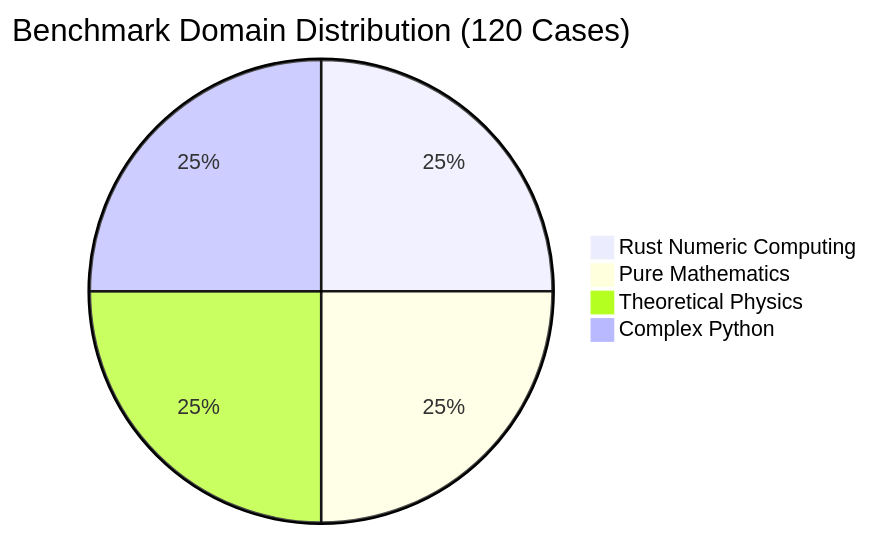
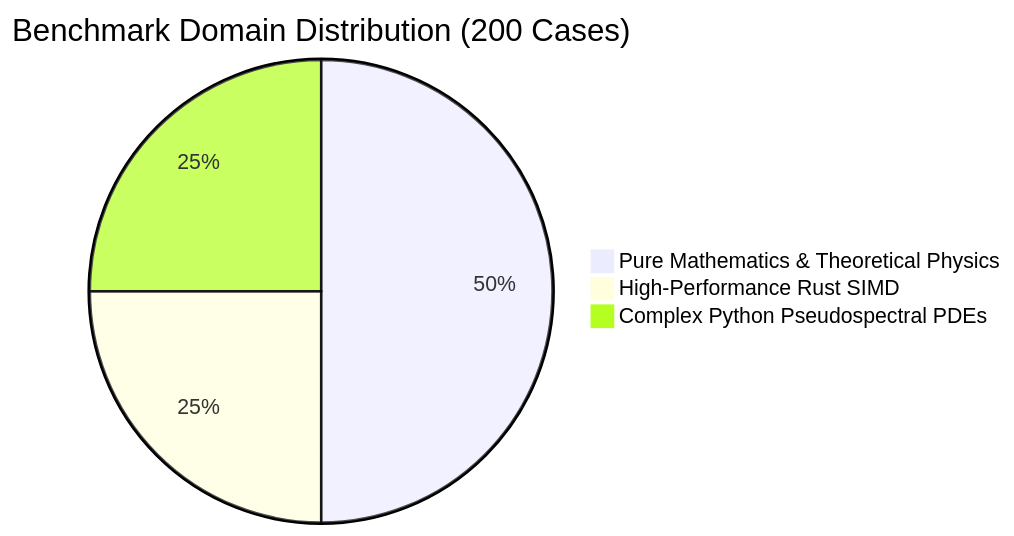
The fourth of 4 diagrams in README.md (xaviercallens/AutoevolveAI), drawn with Mermaid before and after one commit. The commit also changed other lines of this file, not shown here.

````diff
--- a/README.md
+++ b/README.md
@@ -210,7 +210,6 @@
 ```mermaid
-pie title Benchmark Domain Distribution (120 Cases)
-    "Rust Numeric Computing" : 30
-    "Pure Mathematics" : 30
-    "Theoretical Physics" : 30
-    "Complex Python" : 30
+pie title Benchmark Domain Distribution (200 Cases)
+    "Pure Mathematics & Theoretical Physics" : 100
+    "High-Performance Rust SIMD" : 50
+    "Complex Python Pseudospectral PDEs" : 50
 ```
````
